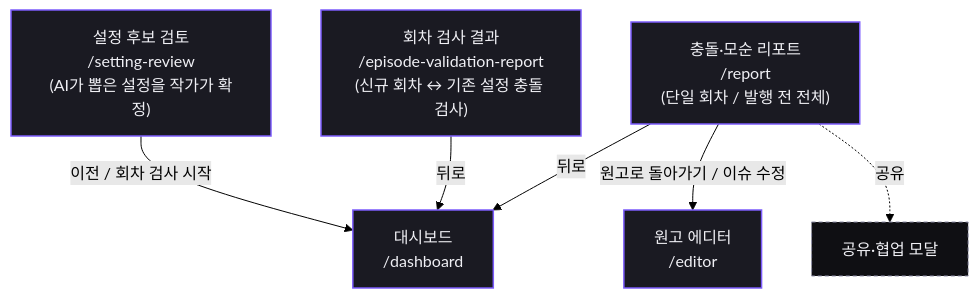
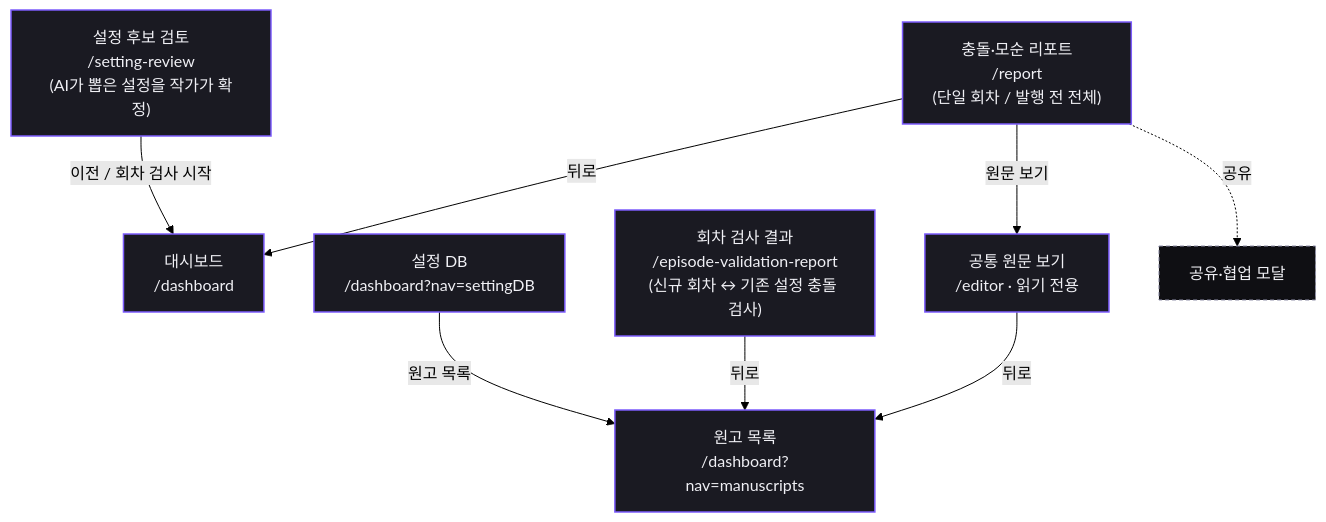
One commit to catchhole-soma/catchhole-front changed the seventh of 7 diagrams in docs/screen-flow.md. Above: the diagram before and after it, drawn with Mermaid (forest theme). The commit also changed other lines of this file and 2 other files, not shown here.

First line of the commit message:
docs(flow): 요구사항과 Workflow 흐름 동기화

````diff
--- a/docs/screen-flow.md
+++ b/docs/screen-flow.md
@@ -285,16 +343,20 @@
 ```mermaid
 flowchart TD
   review["설정 후보 검토<br/>/setting-review<br/>(AI가 뽑은 설정을 작가가 확정)"]:::private
   review -- "이전 / 회차 검사 시작" --> dashboard["대시보드<br/>/dashboard"]:::private
 
+  settingDB["설정 DB<br/>/dashboard?nav=settingDB"]:::private
+  settingDB -- "원고 목록" --> manuscripts["원고 목록<br/>/dashboard?nav=manuscripts"]:::private
+
   valreport["회차 검사 결과<br/>/episode-validation-report<br/>(신규 회차 ↔ 기존 설정 충돌 검사)"]:::private
-  valreport -- "뒤로" --> dashboard
+  valreport -- "뒤로" --> manuscripts
 
   report["충돌·모순 리포트<br/>/report<br/>(단일 회차 / 발행 전 전체)"]:::private
-  report -- "원고로 돌아가기 / 이슈 수정" --> editor["원고 에디터<br/>/editor"]:::private
+  report -- "원문 보기" --> source["공통 원문 보기<br/>/editor · 읽기 전용"]:::private
+  source -- "뒤로" --> manuscripts
   report -- "뒤로" --> dashboard
   report -. "공유" .-> share["공유·협업 모달"]:::modal
 
   classDef private fill:#1A1A22,stroke:#7C5CFC,stroke-width:1.5px,color:#F0F0F5;
   classDef modal fill:#0F0F13,stroke:#9090A8,stroke-dasharray:4 3,color:#F0F0F5;
 ```
````
